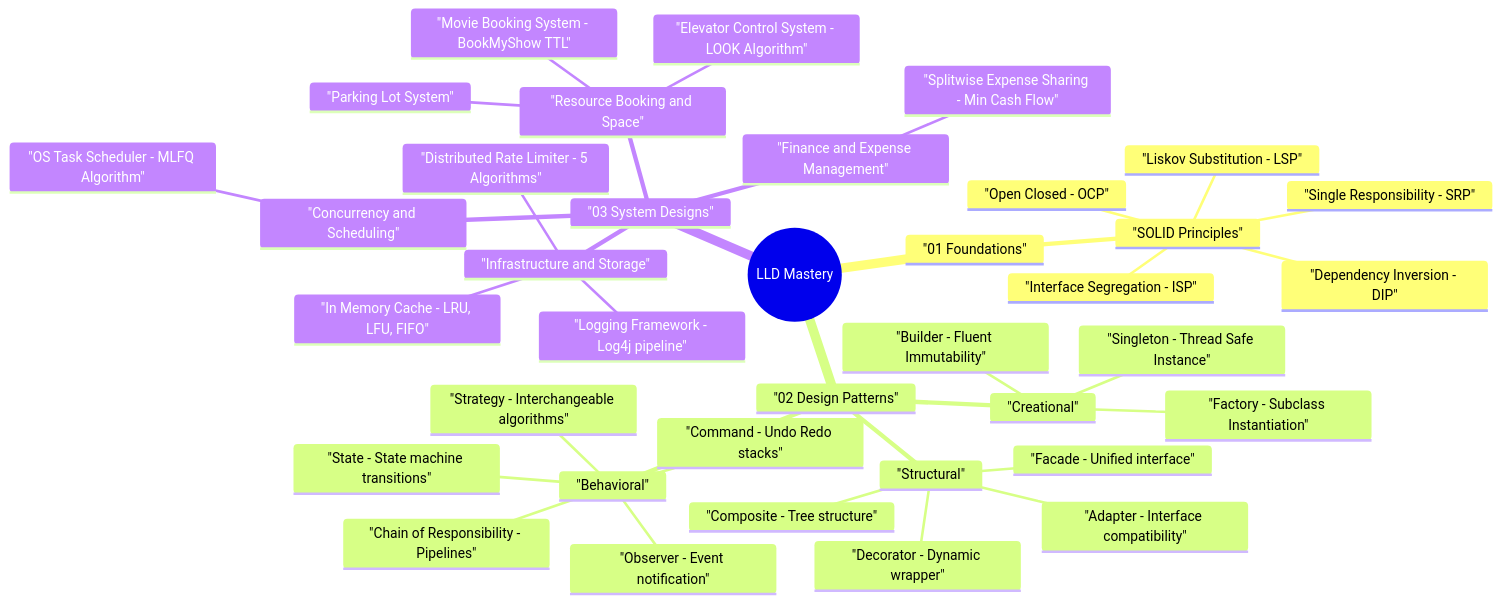
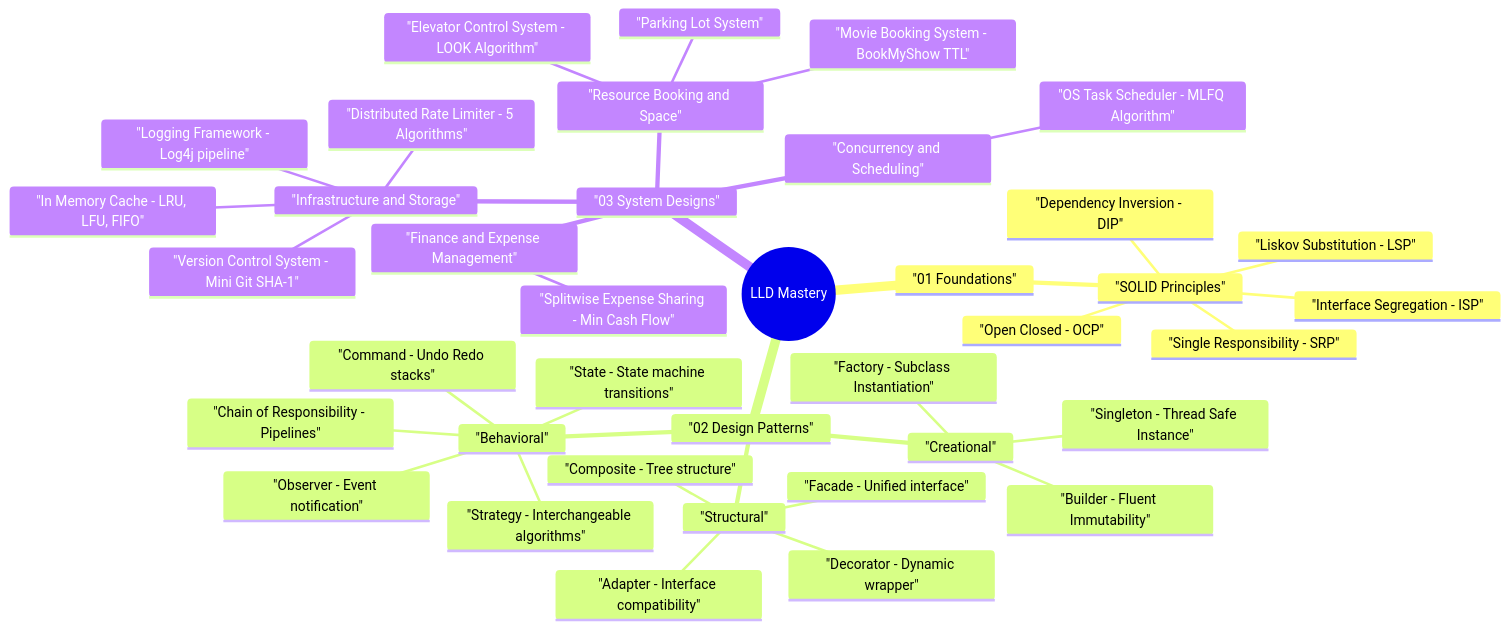
Before and after one commit to chauhankartik/private-2026: the diagram in lld/00_LLD_MindMap.md, drawn with Mermaid. The commit also changed other lines of this file and 3 other files, not shown here.

Commit message:
Add LLD Version Control System (Mini-Git) with Content-Addressable Storage and DAG branching

````diff
--- a/lld/00_LLD_MindMap.md
+++ b/lld/00_LLD_MindMap.md
@@ -9,40 +9,41 @@
 ```mermaid
 mindmap
   root(("LLD Mastery"))
     "01 Foundations"
       "SOLID Principles"
         "Single Responsibility - SRP"
         "Open Closed - OCP"
         "Liskov Substitution - LSP"
         "Interface Segregation - ISP"
         "Dependency Inversion - DIP"
     "02 Design Patterns"
       "Creational"
         "Singleton - Thread Safe Instance"
         "Factory - Subclass Instantiation"
         "Builder - Fluent Immutability"
       "Structural"
         "Decorator - Dynamic wrapper"
         "Facade - Unified interface"
         "Adapter - Interface compatibility"
         "Composite - Tree structure"
       "Behavioral"
         "Observer - Event notification"
         "State - State machine transitions"
         "Strategy - Interchangeable algorithms"
         "Chain of Responsibility - Pipelines"
         "Command - Undo Redo stacks"
     "03 System Designs"
       "Infrastructure and Storage"
+        "Version Control System - Mini Git SHA-1"
         "Logging Framework - Log4j pipeline"
         "In Memory Cache - LRU, LFU, FIFO"
         "Distributed Rate Limiter - 5 Algorithms"
       "Resource Booking and Space"
         "Parking Lot System"
         "Movie Booking System - BookMyShow TTL"
         "Elevator Control System - LOOK Algorithm"
       "Finance and Expense Management"
         "Splitwise Expense Sharing - Min Cash Flow"
       "Concurrency and Scheduling"
         "OS Task Scheduler - MLFQ Algorithm"
 ```
````
